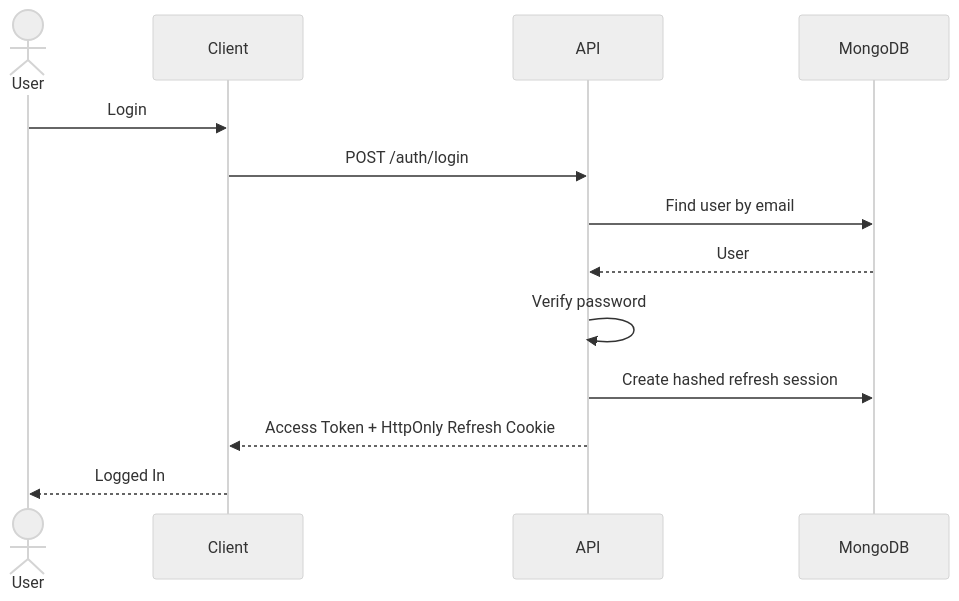
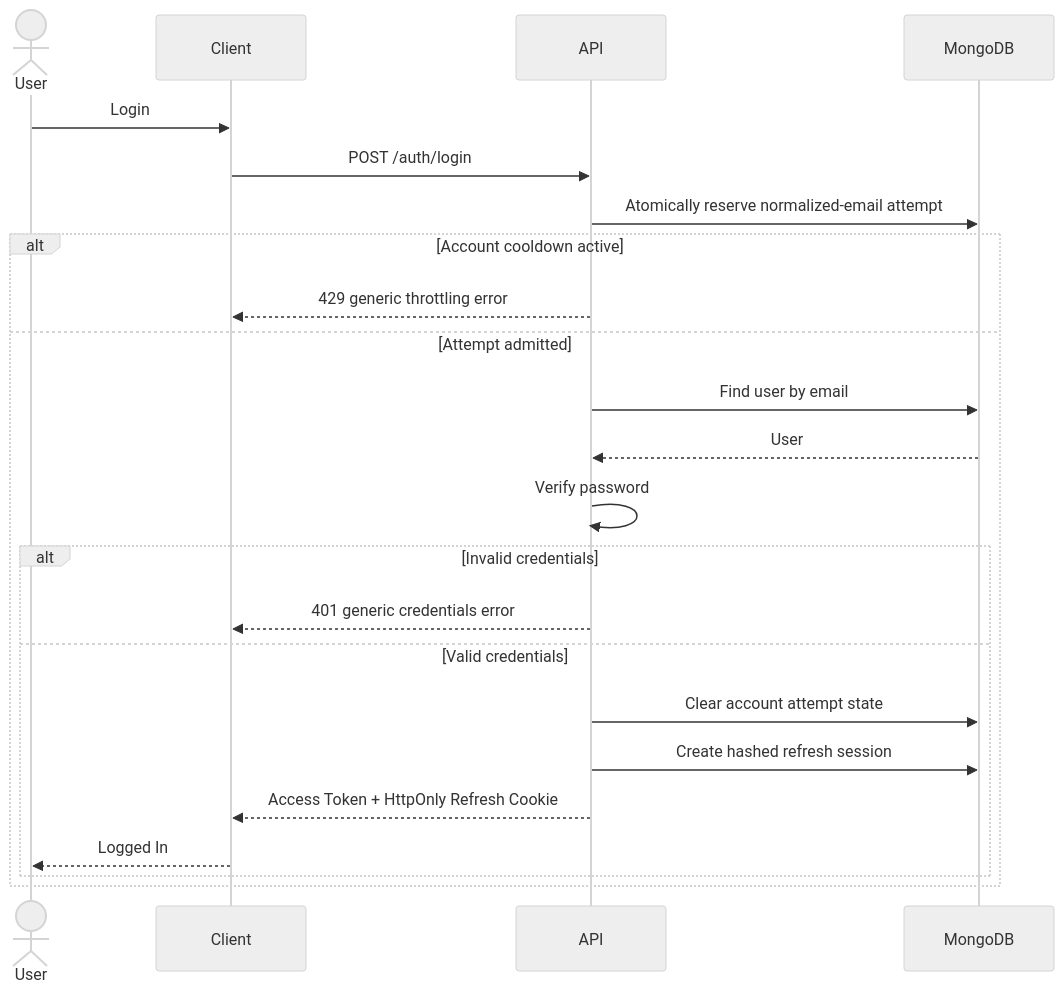
Before and after one commit to RamyMohamed47/intouch-chatapp: the diagram in .agents/features/auth/Sequence - Login.md, drawn with Mermaid (neutral theme). The commit also changed 48 other files, not shown here.

````diff
--- a/.agents/features/auth/Sequence - Login.md
+++ b/.agents/features/auth/Sequence - Login.md
@@ -1,27 +1,47 @@
 ```mermaid
 sequenceDiagram
 
     actor User
 
     participant Client
 
     participant API
 
     participant MongoDB
 
     User->>Client: Login
 
     Client->>API: POST /auth/login
 
+    API->>MongoDB: Atomically reserve normalized-email attempt
+
+    alt Account cooldown active
+
+        API-->>Client: 429 generic throttling error
+
+    else Attempt admitted
+
     API->>MongoDB: Find user by email
 
     MongoDB-->>API: User
 
     API->>API: Verify password
 
+    alt Invalid credentials
+
+        API-->>Client: 401 generic credentials error
+
+    else Valid credentials
+
+    API->>MongoDB: Clear account attempt state
+
     API->>MongoDB: Create hashed refresh session
 
     API-->>Client: Access Token + HttpOnly Refresh Cookie
 
     Client-->>User: Logged In
+
+    end
+
+    end
 ```
````
